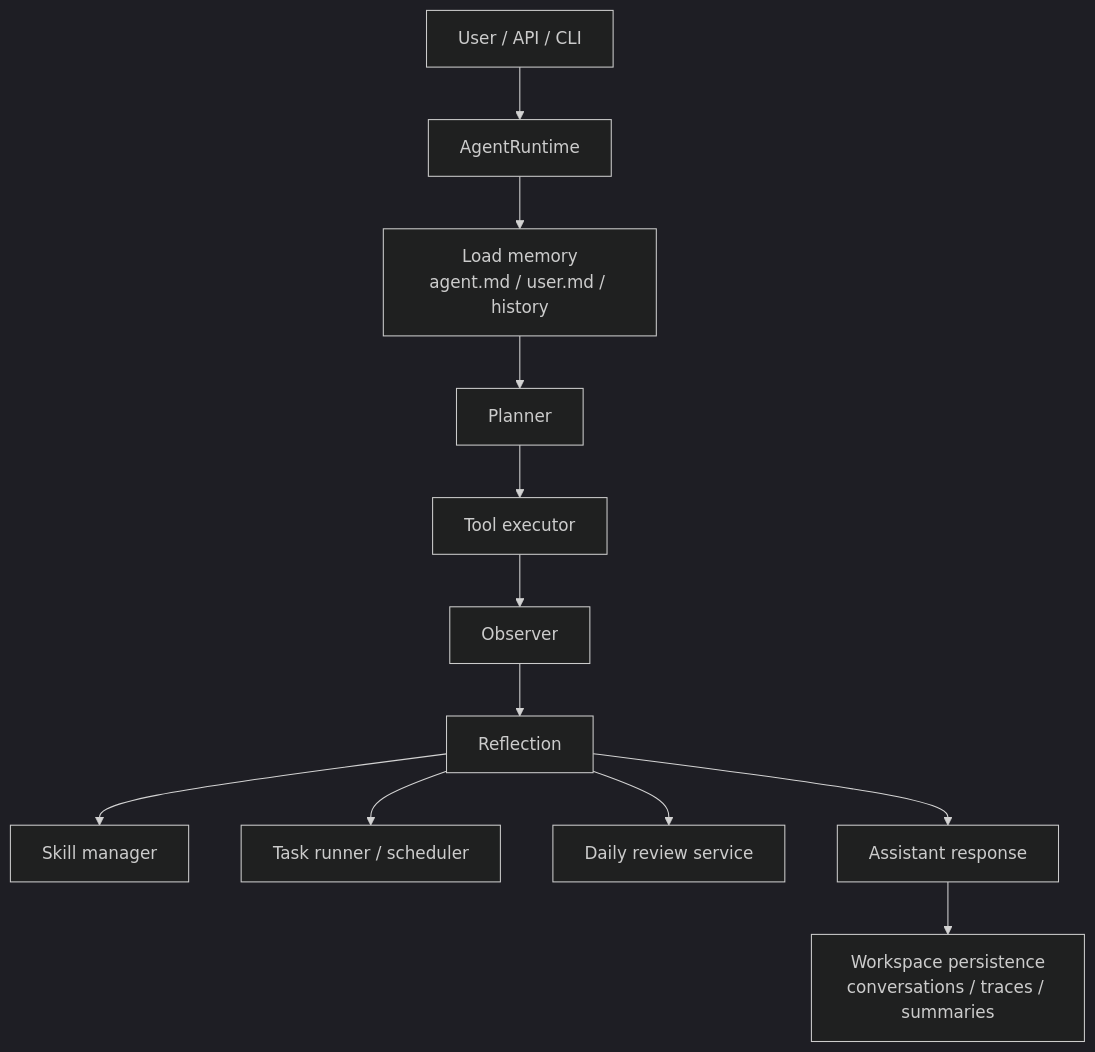
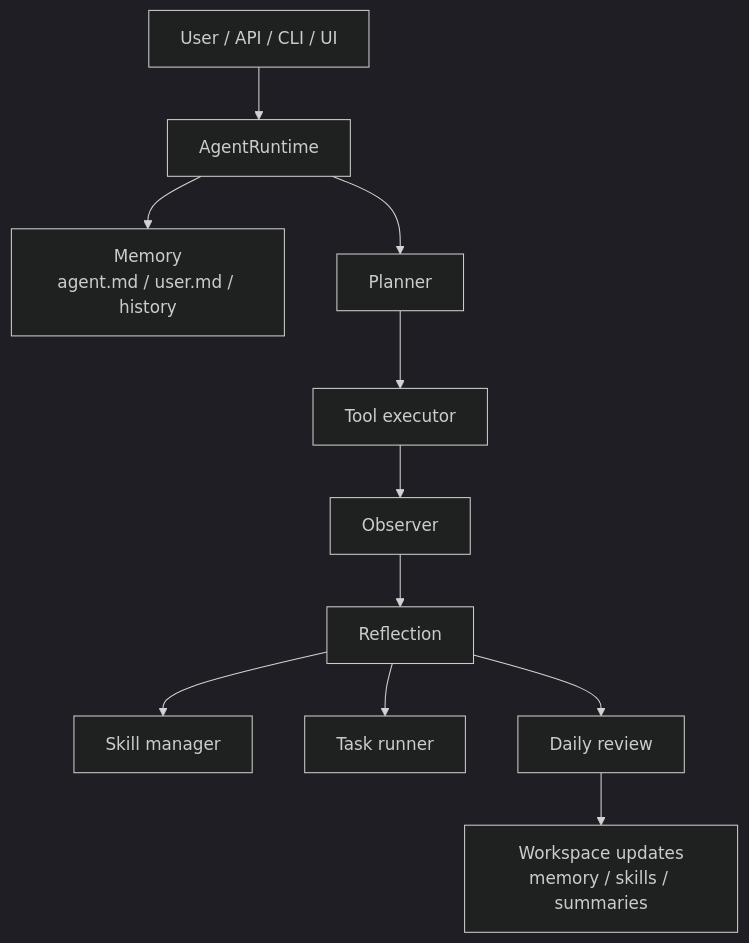
The diagram in README.md (YuXiang-ZhuanSun/OpenHumming), drawn with Mermaid (dark theme) before and after one commit. The commit also changed other lines of this file and 91 other files, not shown here.

````diff
--- a/README.md
+++ b/README.md
@@ -49,14 +88,13 @@
 ```mermaid
 flowchart TD
-    U["User / API / CLI"] --> R["AgentRuntime"]
-    R --> M["Load memory<br/>agent.md / user.md / history"]
-    M --> P["Planner"]
+    U["User / API / CLI / UI"] --> R["AgentRuntime"]
+    R --> M["Memory<br/>agent.md / user.md / history"]
+    R --> P["Planner"]
     P --> T["Tool executor"]
     T --> O["Observer"]
     O --> F["Reflection"]
     F --> S["Skill manager"]
-    F --> K["Task runner / scheduler"]
-    F --> D["Daily review service"]
-    F --> A["Assistant response"]
-    A --> W["Workspace persistence<br/>conversations / traces / summaries"]
+    F --> K["Task runner"]
+    F --> D["Daily review"]
+    D --> W["Workspace updates<br/>memory / skills / summaries"]
 ```
````
